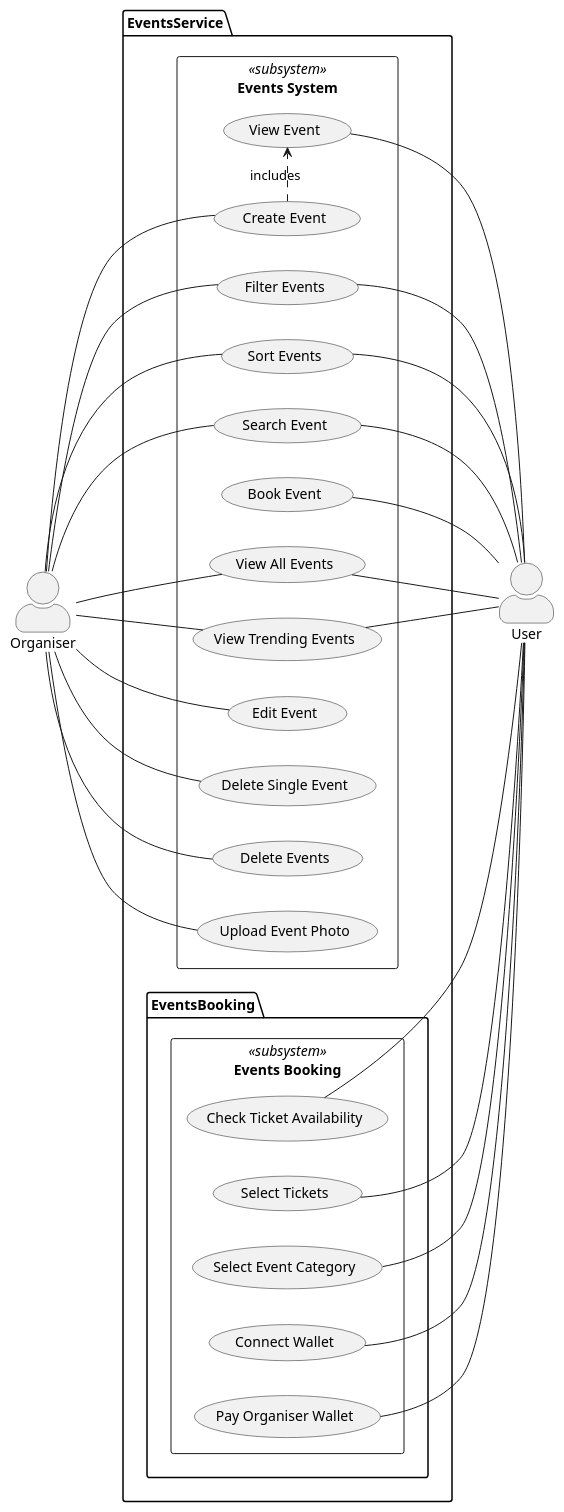
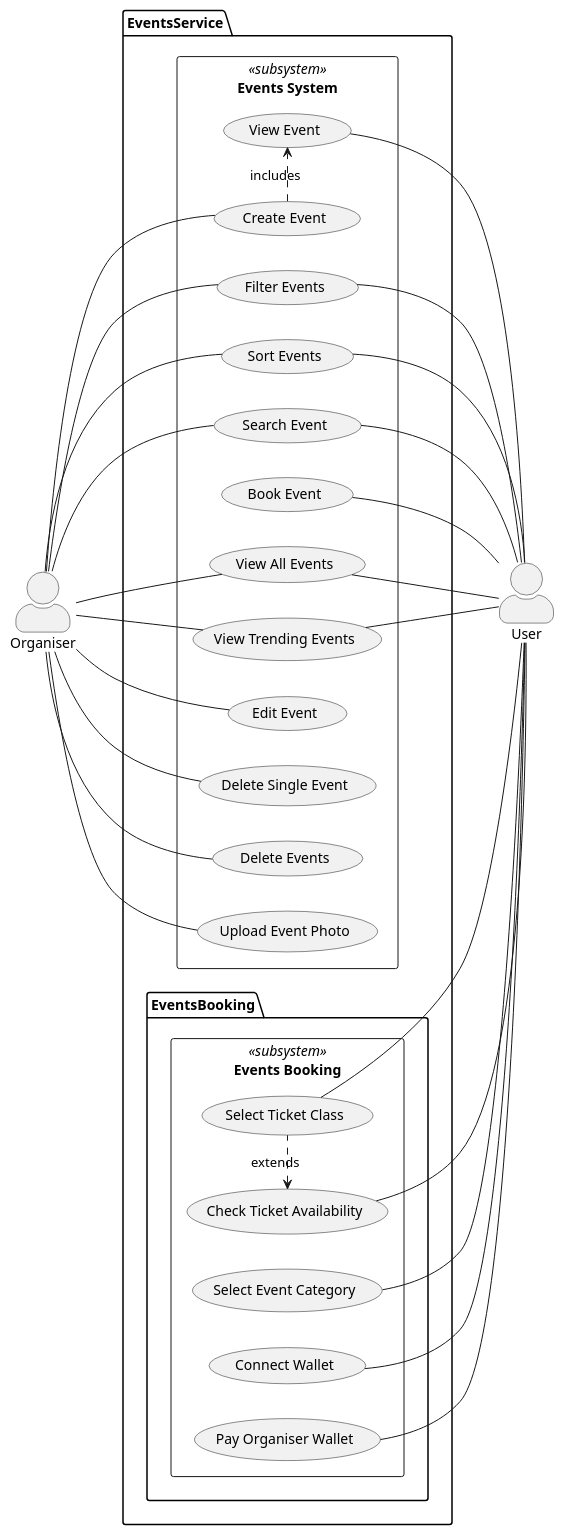
The diagram in uml-designs/use-cases/events.puml (sabin2000pro/EtherTix), drawn with PlantUML before and after one commit. The commit also changed 3 other files, not shown here.

Commit message:
Working on UML designs for the system'

```diff
--- a/uml-designs/use-cases/events.puml
+++ b/uml-designs/use-cases/events.puml
@@ -1,76 +1,80 @@
 @startuml
 
 skinparam actorStyle awesome
 
 actor User as "User"
 actor Organiser as "Organiser"
 
 package EventsService {
     left to right direction
 
     rectangle "Events System" << subsystem >> {
 
         (View All Events) as (ViewEvents)
         (View Trending Events) as (Trending)
 
         (View Event) as (SingleEvent)
         (Create Event) as (Create)
         (Filter Events) as (Filter)
         (Sort Events) as (Sort)
         (Search Event) as (Search)
 
         (Edit Event) as (Edit)
         (Delete Single Event) as (Delete)
         (Delete Events) as (DeleteMultiple)
 
         (Upload Event Photo) as (Upload)
         (Book Event) as (Book)
     }
 
     package EventsBooking {
+
            left to right direction
            rectangle "Events Booking" << subsystem >> {
 
             (Check Ticket Availability) as (Check)
-            (Select Tickets) as (TicketSelect)
+            (Select Ticket Class) as (TicketSelect)
             (Select Event Category) as (Select)
             (Connect Wallet) as (Connect)
             (Pay Organiser Wallet) as (Pay)
         }
 
 
            (Check) -- User
            (TicketSelect) -- User
            (Select) -- User
            (Connect) -- User
            (Pay) -- User
     }
 
         (ViewEvents) -- User
         (SingleEvent) -- User
         (Trending) -- User
         
         Organiser -- (Create)
         Organiser -- (Edit)
         Organiser -- (Delete)
 
         Organiser -- (DeleteMultiple)
         Organiser -- (ViewEvents)
         Organiser -- (Trending)
         Organiser -- (Upload)
         Organiser -- (Search)
 
         Organiser -- (Sort)
         Organiser -- (Filter)
 
         User -- (Sort)
         User -- (Filter)
         User -- (Book)
         User -- (Search)
 
         (Create) .> (SingleEvent) : includes
+        (Check) <. (TicketSelect) : extends
+
+       
 
 }
 
 
 @enduml
```
